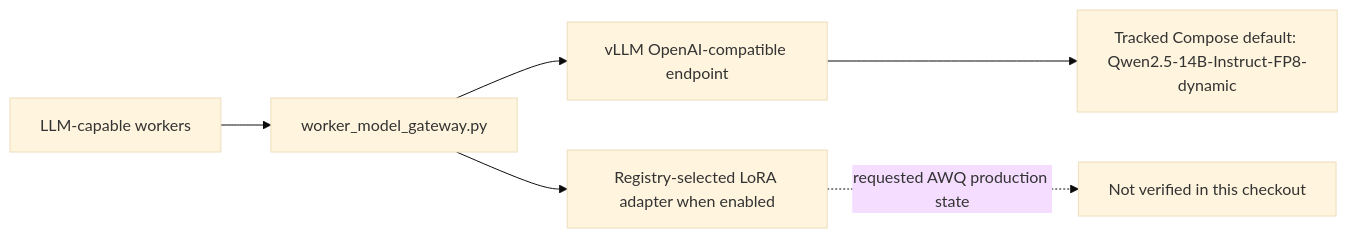
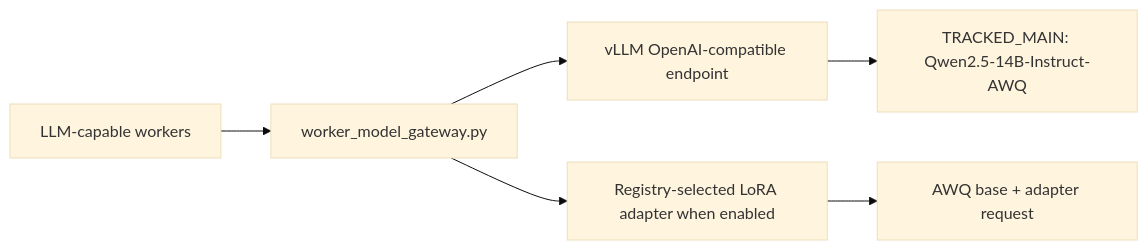
Before and after one commit to HgFinance/multi_agent: the third of 5 diagrams in docs/CURRENT_PROJECT_ARCHITECTURE.md, drawn with Mermaid (base theme). The commit also changed other lines of this file and 4 other files, not shown here.

````diff
--- a/docs/CURRENT_PROJECT_ARCHITECTURE.md
+++ b/docs/CURRENT_PROJECT_ARCHITECTURE.md
@@ -178,8 +187,8 @@
 ```mermaid
 flowchart LR
     L[LLM-capable workers] --> G[worker_model_gateway.py]
     G --> V[vLLM OpenAI-compatible endpoint]
-    V --> F[Tracked Compose default: Qwen2.5-14B-Instruct-FP8-dynamic]
+    V --> F[TRACKED_MAIN: Qwen2.5-14B-Instruct-AWQ]
     G --> A[Registry-selected LoRA adapter when enabled]
-    A -. requested AWQ production state .-> X[Not verified in this checkout]
+    A --> E[AWQ base + adapter request]
 ```
````
